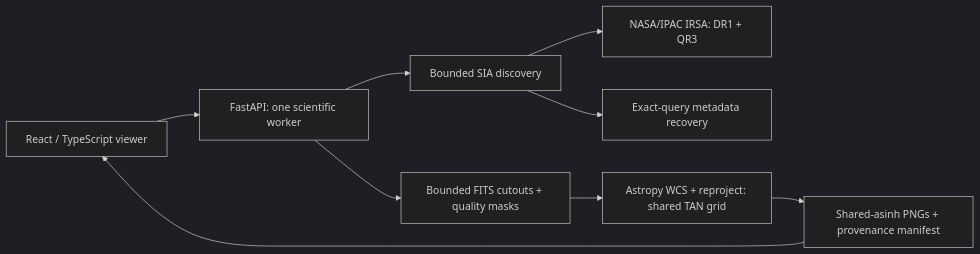
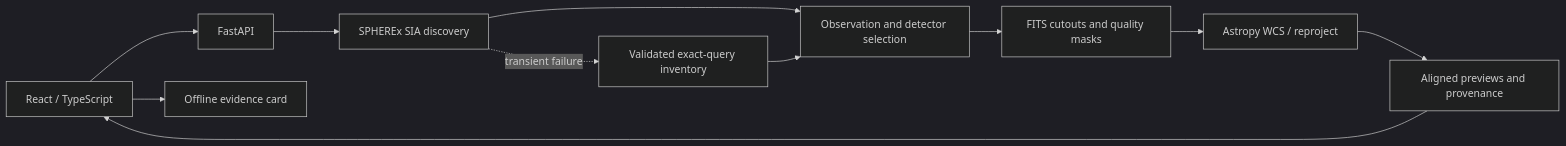
The diagram in README.md (MohnishDhangar/TimeScope), drawn with Mermaid (dark theme) before and after one commit. The commit also changed other lines of this file and 2 other files, not shown here.

````diff
--- a/README.md
+++ b/README.md
@@ -38,11 +47,13 @@
 ```mermaid
 flowchart LR
-    Browser[React / TypeScript viewer] --> API[FastAPI: one scientific worker]
-    API --> Discovery[Bounded SIA discovery]
-    Discovery --> IRSA[NASA/IPAC IRSA: DR1 + QR3]
-    Discovery --> Inventory[Exact-query metadata recovery]
-    API --> FITS[Bounded FITS cutouts + quality masks]
-    FITS --> Grid[Astropy WCS + reproject: shared TAN grid]
-    Grid --> Products[Shared-asinh PNGs + provenance manifest]
-    Products --> Browser
+    UI[React / TypeScript] --> API[FastAPI]
+    API --> SIA[SPHEREx SIA discovery]
+    SIA --> Select[Observation and detector selection]
+    SIA -. transient failure .-> Cache[Validated exact-query inventory]
+    Cache --> Select
+    Select --> FITS[FITS cutouts and quality masks]
+    FITS --> Grid[Astropy WCS / reproject]
+    Grid --> Products[Aligned previews and provenance]
+    Products --> UI
+    UI --> Evidence[Offline evidence card]
 ```
````
